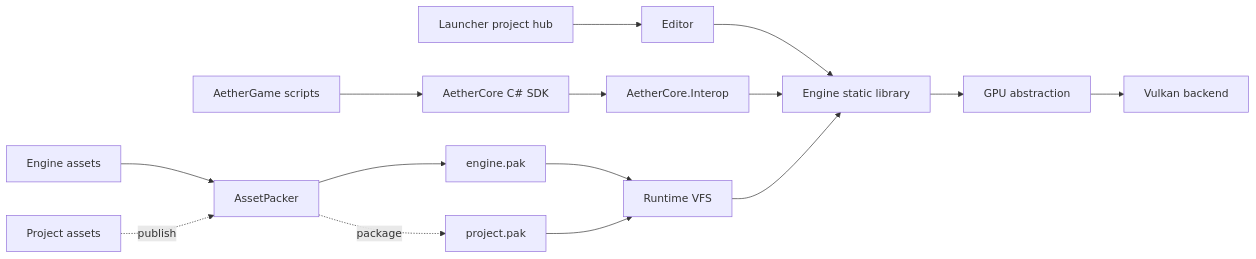
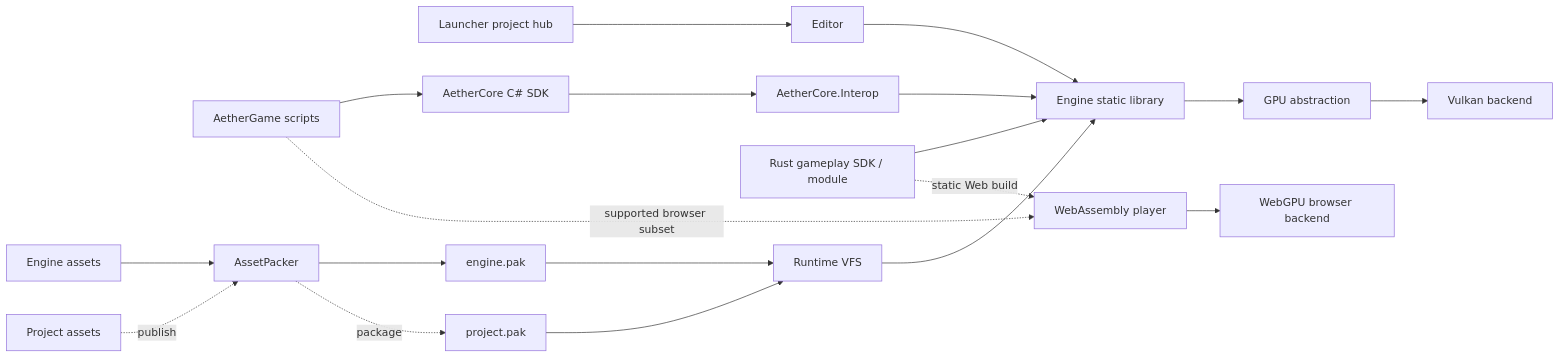
One commit to AlexMollard/AetherCore changed the diagram in README.md. Above: the diagram before and after it, drawn with Mermaid. The commit also changed other lines of this file and 13 other files, not shown here.

First line of the commit message:
Refresh engine website and WebGPU player layout

````diff
--- a/README.md
+++ b/README.md
@@ -207,17 +245,21 @@
 ```mermaid
 flowchart LR
     Launcher["Launcher project hub"] --> Editor["Editor"]
     Editor --> Engine["Engine static library"]
     Scripts["AetherGame scripts"] --> SDK["AetherCore C# SDK"]
     SDK --> Interop["AetherCore.Interop"]
     Interop --> Engine
+    Rust["Rust gameplay SDK / module"] --> Engine
     Engine --> GPU["GPU abstraction"]
     GPU --> Vulkan["Vulkan backend"]
+    Browser["WebAssembly player"] --> WebGPU["WebGPU browser backend"]
+    Scripts -. supported browser subset .-> Browser
+    Rust -. static Web build .-> Browser
     EngineAssets["Engine assets"] --> Packer["AssetPacker"]
     Packer --> EnginePak["engine.pak"]
     EnginePak --> VFS["Runtime VFS"]
     ProjectAssets["Project assets"] -. publish .-> Packer
     Packer -. package .-> ProjectPak["project.pak"]
     ProjectPak --> VFS
     VFS --> Engine
 ```
````
